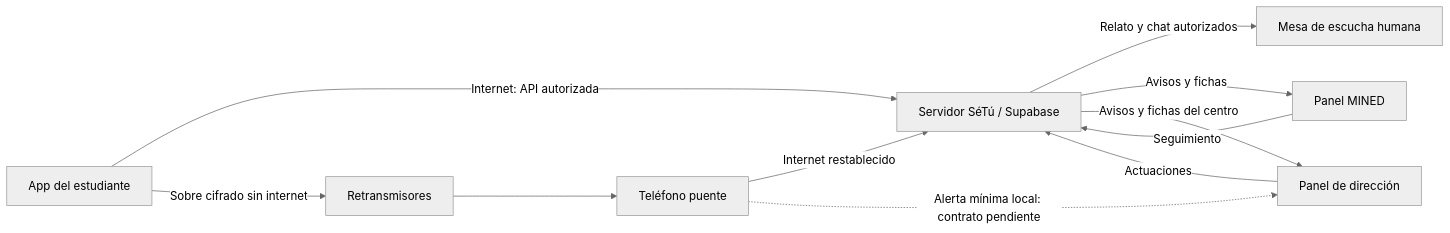
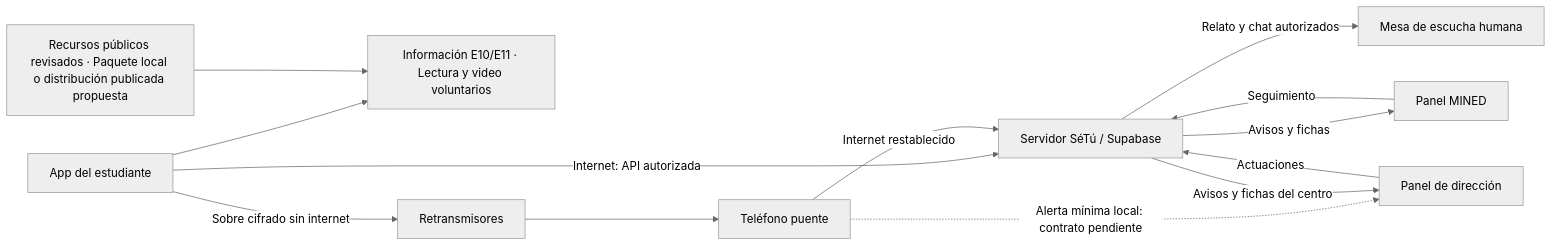
One commit to JaBaca67/Setu-Unicef-Bugnuelitos-UAM changed the third of 3 diagrams in README.md. Above: the diagram before and after it, drawn with Mermaid (neutral theme). The commit also changed other lines of this file and 17 other files, not shown here.

````diff
--- a/README.md
+++ b/README.md
@@ -416,13 +460,15 @@
 ```mermaid
 flowchart LR
     A["App del estudiante"] -->|"Internet: API autorizada"| S["Servidor SéTú / Supabase"]
+    A --> I["Información E10/E11 · Lectura y video voluntarios"]
+    C["Recursos públicos revisados · Paquete local o distribución publicada propuesta"] --> I
     A -->|"Sobre cifrado sin internet"| R["Retransmisores"]
     R --> P["Teléfono puente"]
     P -->|"Internet restablecido"| S
     P -.->|"Alerta mínima local: contrato pendiente"| D["Panel de dirección"]
     S -->|"Relato y chat autorizados"| E["Mesa de escucha humana"]
     S -->|"Avisos y fichas"| M["Panel MINED"]
     S -->|"Avisos y fichas del centro"| D
     M -->|"Seguimiento"| S
     D -->|"Actuaciones"| S
 ```
````
